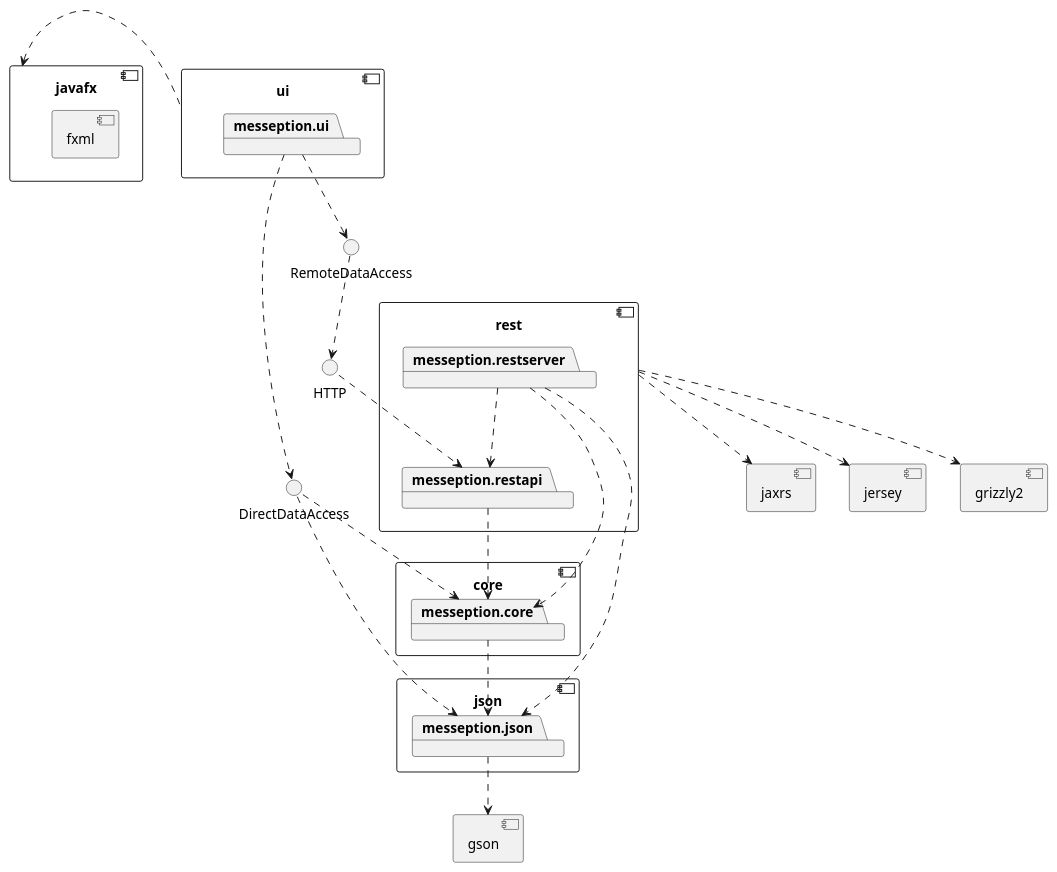
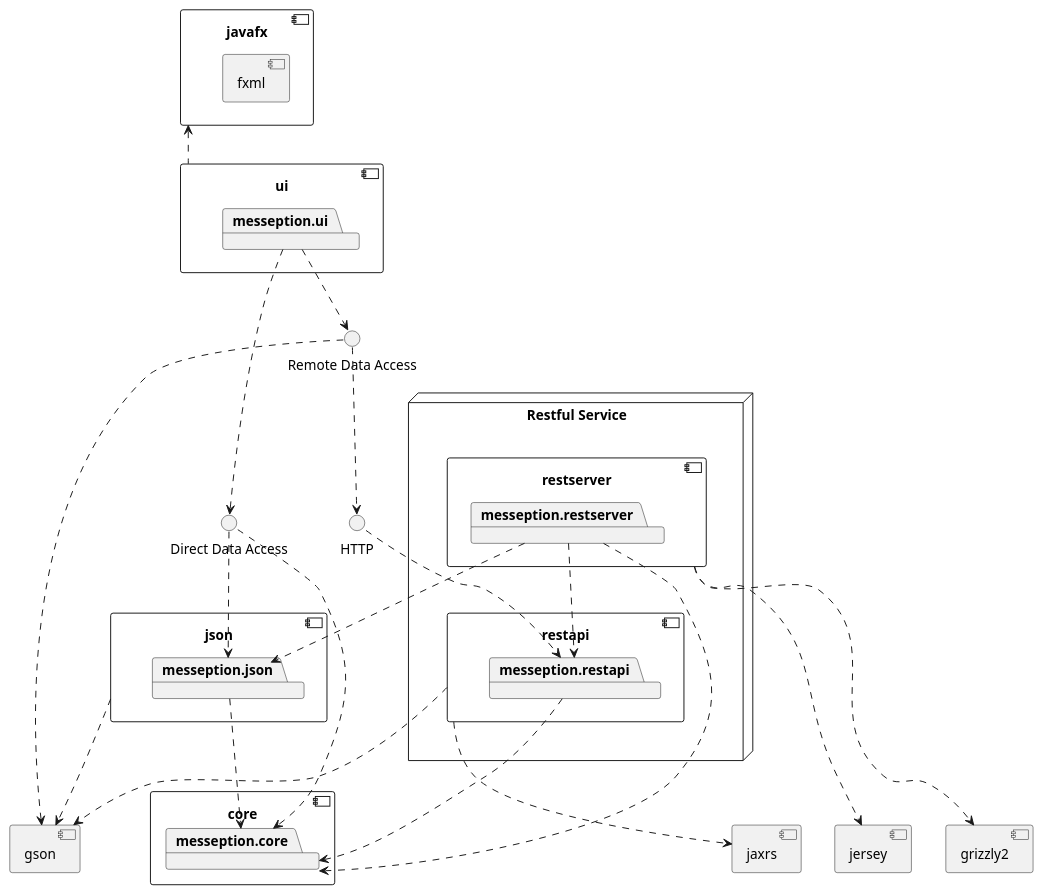
One commit to stianjsu/messeption changed the diagram in messeption/architecture.puml. Above: the diagram before and after it, drawn with PlantUML. The commit also changed 1 other file, not shown here.

Commit message:
docs(*): created sequence diagram. Updated architecture for project
Created a sequence diagram for release3 that cover scenarios when a user tries to publish a new
post. Covers sucessfull, bad json request and server persistance error cases. Also updated some
dependencies-relations in architecture.puml

Related to #108 #84

```diff
--- a/messeption/architecture.puml
+++ b/messeption/architecture.puml
@@ -1,65 +1,83 @@
 @startuml
+
+together {
+component json {
+    package messeption.json
+}
 
 component core {
     package messeption.core
 }
-component json {
-    package messeption.json
 }
-
-messeption.core ..> messeption.json
+messeption.json .down.> messeption.core
 component gson {
 }
 
-messeption.json ..> gson
+json ..> gson
 
 component javafx {
     component fxml {
     }
 }
 
 component ui {
     package messeption.ui
 }
 
-interface RemoteDataAccess
-interface DirectDataAccess
+interface "Remote Data Access" as RDA
+interface "Direct Data Access" as DDA
 interface HTTP
 
-messeption.ui ..> DirectDataAccess
-messeption.ui ..> RemoteDataAccess
-RemoteDataAccess ..> HTTP
-DirectDataAccess ..> messeption.core
-DirectDataAccess ..> messeption.json
+messeption.ui ..> DDA
+messeption.ui ..> RDA
+RDA ..> HTTP
+DDA ..> messeption.core
+DDA ..> messeption.json
+RDA ..> gson
 
 
 
-javafx <.right. ui
+javafx <.. ui
 
-component jaxrs {
-}
 
-component rest {
-    package messeption.restapi
-    package messeption.restserver
+
+node "Restful Service" as rest {
+    component restapi {
+        package messeption.restapi
+    }
+    component restserver {
+        package messeption.restserver
+    }
+
 }
 
 HTTP ..> messeption.restapi
-rest ..> jaxrs
+
 
 messeption.restapi ..> messeption.core
+restapi ..> gson
 
 messeption.restserver ..> messeption.core
 messeption.restserver ..> messeption.json
 messeption.restserver ..> messeption.restapi
 
-component jersey {
+together {
+    component jaxrs {
+    }
+    
+    component jersey {
+    }
+    
+    component grizzly2 {
+    }
 }
+rest .[hidden].> jaxrs
+rest .[hidden].> jersey
+rest .[hidden].> grizzly2
 
-component grizzly2 {
-}
+restserver ..> jersey
+restserver ..> grizzly2
 
-rest ..> jersey
-rest ..> grizzly2
+restapi ..> jaxrs
 
 @enduml
```
